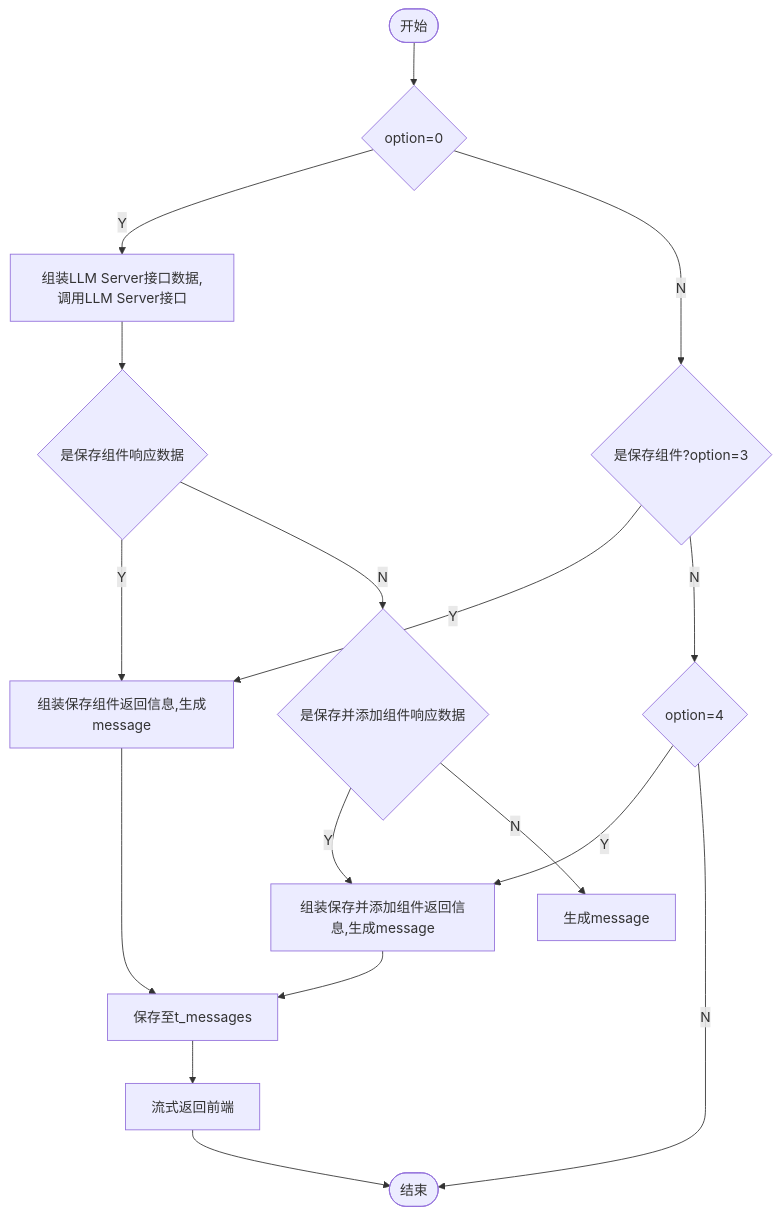
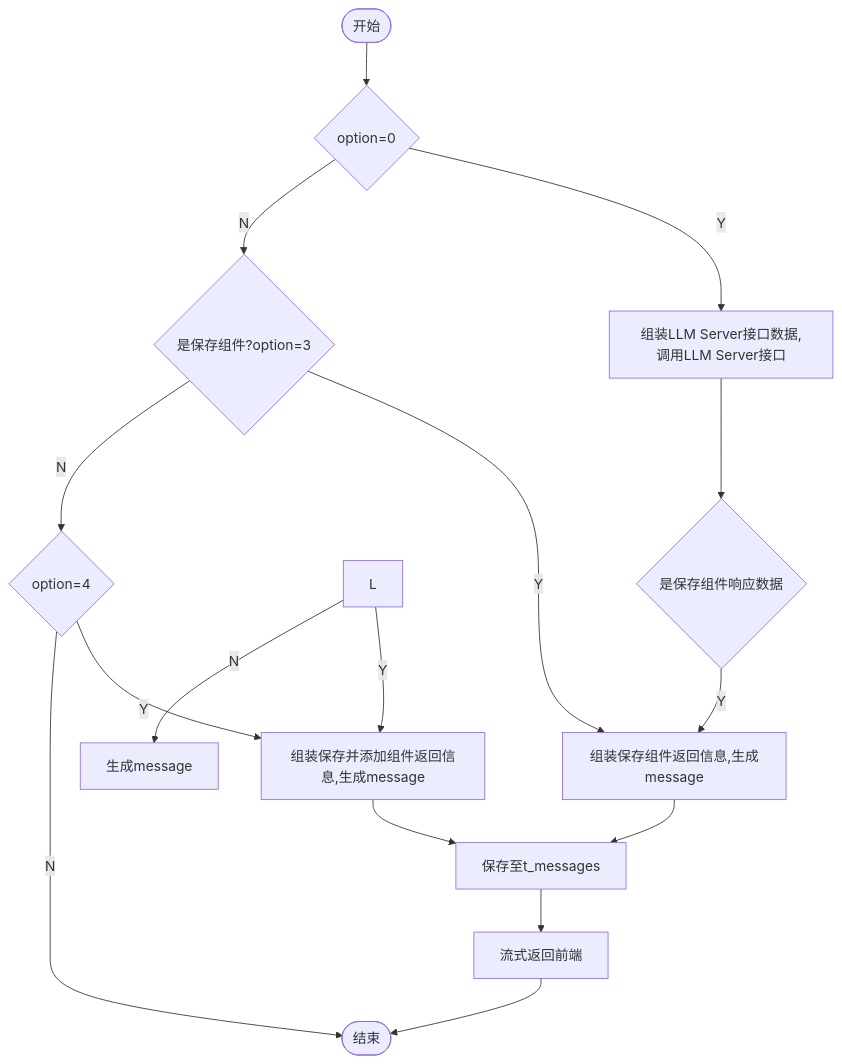
One commit to yingjianzh/iodraw-files changed the diagram in all/添加保存组件.md. Above: the diagram before and after it, drawn with Mermaid.

Commit message:
2024-10-14 13:45:09 update

````diff
--- a/all/添加保存组件.md
+++ b/all/添加保存组件.md
@@ -1,19 +1,19 @@
 ```mermaid
 flowchart TD
     A([开始]) --> B{option=0}
     B -- Y --> C[组装LLM Server接口数据,调用LLM Server接口]
     B -- N --> D{是保存组件?option=3}
     E -- Y --> F[组装保存组件返回信息,生成message]
     C --> E{是保存组件响应数据}
-    E -- N --> L{是保存并添加组件响应数据}
+    
     L -- Y --> K
     L -- N --> R[生成message]
     D -- Y --> F
     D -- N --> J{option=4}
     J -- Y --> K[组装保存并添加组件返回信息,生成message]
     K --> G
     J -- N --> I
     F --> G[保存至t_messages]
     G --> H[流式返回前端]
     H --> I([结束])
 ```
````
